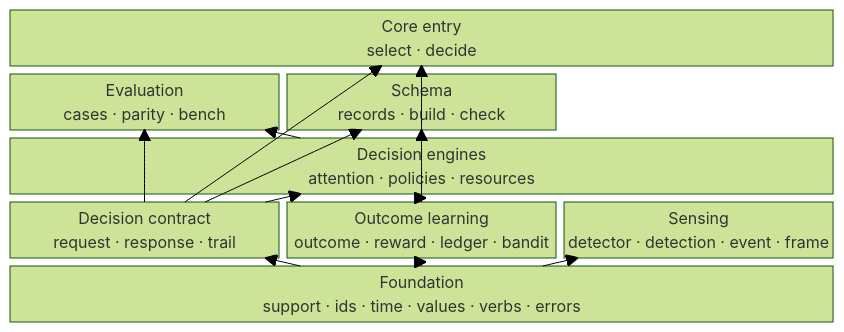
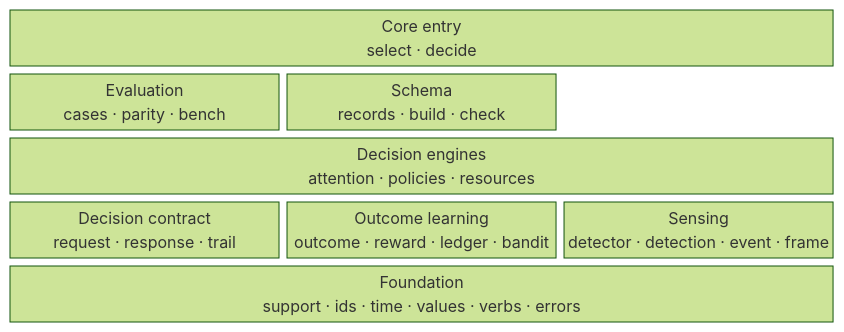
The diagram in docs/core/00-core-architecture.md (michaelatamuk/laix), drawn with Mermaid (forest theme) before and after one commit. The commit also changed other lines of this file, not shown here.

Commit message:
docs: show core blocks without dependency arrows

````diff
--- a/docs/core/00-core-architecture.md
+++ b/docs/core/00-core-architecture.md
@@ -6,26 +5,10 @@
 ```mermaid
 block-beta
     columns 3
 
     entry["Core entry<br/>select · decide"]:3
     evaluation["Evaluation<br/>cases · parity · bench"] schema["Schema<br/>records · build · check"] space
     engines["Decision engines<br/>attention · policies · resources"]:3
     contract["Decision contract<br/>request · response · trail"] learning["Outcome learning<br/>outcome · reward · ledger · bandit"] sensing["Sensing<br/>detector · detection · event · frame"]
     foundation["Foundation<br/>support · ids · time · values · verbs · errors"]:3
-
-    foundation --> contract
-    foundation --> learning
-    foundation --> sensing
-
-    contract --> engines
-    learning --> engines
-
-    contract --> evaluation
-    engines --> evaluation
-
-    contract --> schema
-    learning --> schema
-
-    contract --> entry
-    engines --> entry
 ```
````
